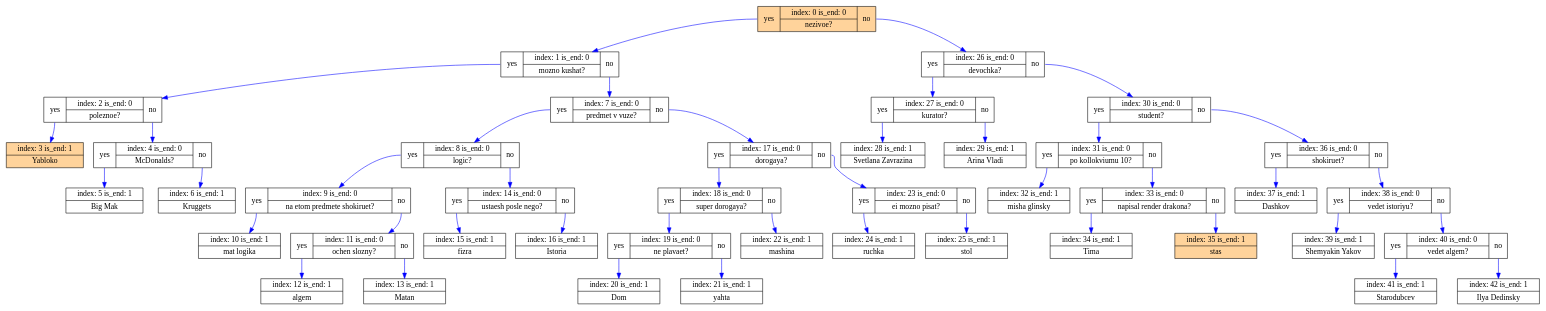
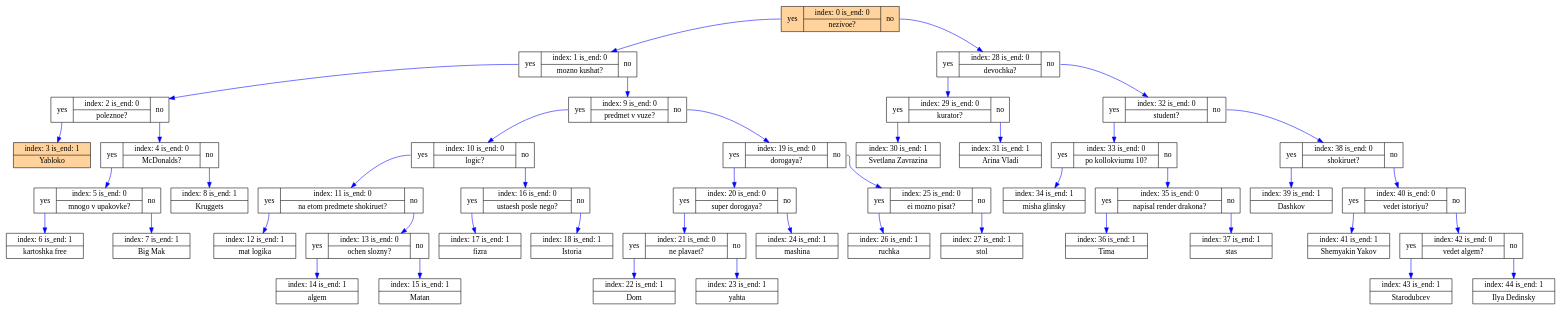
The diagram in .visual/dump_file.dot (Mchl-krpch/akinator), drawn with Graphviz before and after one commit. The commit also changed 9 other files, not shown here.

```diff
--- a/.visual/dump_file.dot
+++ b/.visual/dump_file.dot
@@ -1,87 +1,91 @@
 digraph G {
 	L0[shape="record",style="filled",fillcolor="burlywood1", label=" <lp1> yes | { index: 0 is_end: 0 | nezivoe?} | <lp2> no"];
-	L26[shape="record", label=" <lp27> yes | { index: 26 is_end: 0 | devochka?} | <lp28> no"];
-	L30[shape="record", label=" <lp31> yes | { index: 30 is_end: 0 | student?} | <lp32> no"];
-	L36[shape="record", label=" <lp37> yes | { index: 36 is_end: 0 | shokiruet?} | <lp38> no"];
-	L38[shape="record", label=" <lp39> yes | { index: 38 is_end: 0 | vedet istoriyu?} | <lp40> no"];
-	L40[shape="record", label=" <lp41> yes | { index: 40 is_end: 0 | vedet algem?} | <lp42> no"];
-	L42[shape="record", label=" { index: 42 is_end: 1 | Ilya Dedinsky}"];
-	L41[shape="record", label=" { index: 41 is_end: 1 | Starodubcev}"];
-	L39[shape="record", label=" { index: 39 is_end: 1 | Shemyakin Yakov}"];
-	L37[shape="record", label=" { index: 37 is_end: 1 | Dashkov}"];
-	L31[shape="record", label=" <lp32> yes | { index: 31 is_end: 0 | po kollokviumu 10?} | <lp33> no"];
-	L33[shape="record", label=" <lp34> yes | { index: 33 is_end: 0 | napisal render drakona?} | <lp35> no"];
-	L35[shape="record",style="filled",fillcolor="burlywood1", label=" { index: 35 is_end: 1 | stas}"];
-	L34[shape="record", label=" { index: 34 is_end: 1 | Tima}"];
-	L32[shape="record", label=" { index: 32 is_end: 1 | misha glinsky}"];
-	L27[shape="record", label=" <lp28> yes | { index: 27 is_end: 0 | kurator?} | <lp29> no"];
-	L29[shape="record", label=" { index: 29 is_end: 1 | Arina Vladi}"];
-	L28[shape="record", label=" { index: 28 is_end: 1 | Svetlana Zavrazina}"];
+	L28[shape="record", label=" <lp29> yes | { index: 28 is_end: 0 | devochka?} | <lp30> no"];
+	L32[shape="record", label=" <lp33> yes | { index: 32 is_end: 0 | student?} | <lp34> no"];
+	L38[shape="record", label=" <lp39> yes | { index: 38 is_end: 0 | shokiruet?} | <lp40> no"];
+	L40[shape="record", label=" <lp41> yes | { index: 40 is_end: 0 | vedet istoriyu?} | <lp42> no"];
+	L42[shape="record", label=" <lp43> yes | { index: 42 is_end: 0 | vedet algem?} | <lp44> no"];
+	L44[shape="record", label=" { index: 44 is_end: 1 | Ilya Dedinsky}"];
+	L43[shape="record", label=" { index: 43 is_end: 1 | Starodubcev}"];
+	L41[shape="record", label=" { index: 41 is_end: 1 | Shemyakin Yakov}"];
+	L39[shape="record", label=" { index: 39 is_end: 1 | Dashkov}"];
+	L33[shape="record", label=" <lp34> yes | { index: 33 is_end: 0 | po kollokviumu 10?} | <lp35> no"];
+	L35[shape="record", label=" <lp36> yes | { index: 35 is_end: 0 | napisal render drakona?} | <lp37> no"];
+	L37[shape="record", label=" { index: 37 is_end: 1 | stas}"];
+	L36[shape="record", label=" { index: 36 is_end: 1 | Tima}"];
+	L34[shape="record", label=" { index: 34 is_end: 1 | misha glinsky}"];
+	L29[shape="record", label=" <lp30> yes | { index: 29 is_end: 0 | kurator?} | <lp31> no"];
+	L31[shape="record", label=" { index: 31 is_end: 1 | Arina Vladi}"];
+	L30[shape="record", label=" { index: 30 is_end: 1 | Svetlana Zavrazina}"];
 	L1[shape="record", label=" <lp2> yes | { index: 1 is_end: 0 | mozno kushat?} | <lp3> no"];
-	L7[shape="record", label=" <lp8> yes | { index: 7 is_end: 0 | predmet v vuze?} | <lp9> no"];
-	L17[shape="record", label=" <lp18> yes | { index: 17 is_end: 0 | dorogaya?} | <lp19> no"];
-	L23[shape="record", label=" <lp24> yes | { index: 23 is_end: 0 | ei mozno pisat?} | <lp25> no"];
-	L25[shape="record", label=" { index: 25 is_end: 1 | stol}"];
-	L24[shape="record", label=" { index: 24 is_end: 1 | ruchka}"];
-	L18[shape="record", label=" <lp19> yes | { index: 18 is_end: 0 | super dorogaya?} | <lp20> no"];
-	L22[shape="record", label=" { index: 22 is_end: 1 | mashina}"];
-	L19[shape="record", label=" <lp20> yes | { index: 19 is_end: 0 | ne plavaet?} | <lp21> no"];
-	L21[shape="record", label=" { index: 21 is_end: 1 | yahta}"];
-	L20[shape="record", label=" { index: 20 is_end: 1 | Dom}"];
-	L8[shape="record", label=" <lp9> yes | { index: 8 is_end: 0 | logic?} | <lp10> no"];
-	L14[shape="record", label=" <lp15> yes | { index: 14 is_end: 0 | ustaesh posle nego?} | <lp16> no"];
-	L16[shape="record", label=" { index: 16 is_end: 1 | Istoria}"];
-	L15[shape="record", label=" { index: 15 is_end: 1 | fizra}"];
-	L9[shape="record", label=" <lp10> yes | { index: 9 is_end: 0 | na etom predmete shokiruet?} | <lp11> no"];
-	L11[shape="record", label=" <lp12> yes | { index: 11 is_end: 0 | ochen slozny?} | <lp13> no"];
-	L13[shape="record", label=" { index: 13 is_end: 1 | Matan}"];
-	L12[shape="record", label=" { index: 12 is_end: 1 | algem}"];
-	L10[shape="record", label=" { index: 10 is_end: 1 | mat logika}"];
+	L9[shape="record", label=" <lp10> yes | { index: 9 is_end: 0 | predmet v vuze?} | <lp11> no"];
+	L19[shape="record", label=" <lp20> yes | { index: 19 is_end: 0 | dorogaya?} | <lp21> no"];
+	L25[shape="record", label=" <lp26> yes | { index: 25 is_end: 0 | ei mozno pisat?} | <lp27> no"];
+	L27[shape="record", label=" { index: 27 is_end: 1 | stol}"];
+	L26[shape="record", label=" { index: 26 is_end: 1 | ruchka}"];
+	L20[shape="record", label=" <lp21> yes | { index: 20 is_end: 0 | super dorogaya?} | <lp22> no"];
+	L24[shape="record", label=" { index: 24 is_end: 1 | mashina}"];
+	L21[shape="record", label=" <lp22> yes | { index: 21 is_end: 0 | ne plavaet?} | <lp23> no"];
+	L23[shape="record", label=" { index: 23 is_end: 1 | yahta}"];
+	L22[shape="record", label=" { index: 22 is_end: 1 | Dom}"];
+	L10[shape="record", label=" <lp11> yes | { index: 10 is_end: 0 | logic?} | <lp12> no"];
+	L16[shape="record", label=" <lp17> yes | { index: 16 is_end: 0 | ustaesh posle nego?} | <lp18> no"];
+	L18[shape="record", label=" { index: 18 is_end: 1 | Istoria}"];
+	L17[shape="record", label=" { index: 17 is_end: 1 | fizra}"];
+	L11[shape="record", label=" <lp12> yes | { index: 11 is_end: 0 | na etom predmete shokiruet?} | <lp13> no"];
+	L13[shape="record", label=" <lp14> yes | { index: 13 is_end: 0 | ochen slozny?} | <lp15> no"];
+	L15[shape="record", label=" { index: 15 is_end: 1 | Matan}"];
+	L14[shape="record", label=" { index: 14 is_end: 1 | algem}"];
+	L12[shape="record", label=" { index: 12 is_end: 1 | mat logika}"];
 	L2[shape="record", label=" <lp3> yes | { index: 2 is_end: 0 | poleznoe?} | <lp4> no"];
 	L4[shape="record", label=" <lp5> yes | { index: 4 is_end: 0 | McDonalds?} | <lp6> no"];
-	L6[shape="record", label=" { index: 6 is_end: 1 | Kruggets}"];
-	L5[shape="record", label=" { index: 5 is_end: 1 | Big Mak}"];
+	L8[shape="record", label=" { index: 8 is_end: 1 | Kruggets}"];
+	L5[shape="record", label=" <lp6> yes | { index: 5 is_end: 0 | mnogo v upakovke?} | <lp7> no"];
+	L7[shape="record", label=" { index: 7 is_end: 1 | Big Mak}"];
+	L6[shape="record", label=" { index: 6 is_end: 1 | kartoshka free}"];
 	L3[shape="record",style="filled",fillcolor="burlywood1", label=" { index: 3 is_end: 1 | Yabloko}"];
 	L0:<lp1> -> L1[color="blue"];
 	L1:<lp2> -> L2[color="blue"];
 	L2:<lp3> -> L3[color="blue"];
 	L2:<lp4> -> L4[color="blue"];
 	L4:<lp5> -> L5[color="blue"];
-	L4:<lp6> -> L6[color="blue"];
-	L1:<lp3> -> L7[color="blue"];
-	L7:<lp8> -> L8[color="blue"];
-	L8:<lp9> -> L9[color="blue"];
+	L5:<lp6> -> L6[color="blue"];
+	L5:<lp7> -> L7[color="blue"];
+	L4:<lp6> -> L8[color="blue"];
+	L1:<lp3> -> L9[color="blue"];
 	L9:<lp10> -> L10[color="blue"];
-	L9:<lp11> -> L11[color="blue"];
+	L10:<lp11> -> L11[color="blue"];
 	L11:<lp12> -> L12[color="blue"];
 	L11:<lp13> -> L13[color="blue"];
-	L8:<lp10> -> L14[color="blue"];
-	L14:<lp15> -> L15[color="blue"];
-	L14:<lp16> -> L16[color="blue"];
-	L7:<lp9> -> L17[color="blue"];
-	L17:<lp18> -> L18[color="blue"];
-	L18:<lp19> -> L19[color="blue"];
+	L13:<lp14> -> L14[color="blue"];
+	L13:<lp15> -> L15[color="blue"];
+	L10:<lp12> -> L16[color="blue"];
+	L16:<lp17> -> L17[color="blue"];
+	L16:<lp18> -> L18[color="blue"];
+	L9:<lp11> -> L19[color="blue"];
 	L19:<lp20> -> L20[color="blue"];
-	L19:<lp21> -> L21[color="blue"];
-	L18:<lp20> -> L22[color="blue"];
-	L17:<lp19> -> L23[color="blue"];
-	L23:<lp24> -> L24[color="blue"];
-	L23:<lp25> -> L25[color="blue"];
-	L0:<lp2> -> L26[color="blue"];
-	L26:<lp27> -> L27[color="blue"];
-	L27:<lp28> -> L28[color="blue"];
-	L27:<lp29> -> L29[color="blue"];
-	L26:<lp28> -> L30[color="blue"];
-	L30:<lp31> -> L31[color="blue"];
-	L31:<lp32> -> L32[color="blue"];
-	L31:<lp33> -> L33[color="blue"];
+	L20:<lp21> -> L21[color="blue"];
+	L21:<lp22> -> L22[color="blue"];
+	L21:<lp23> -> L23[color="blue"];
+	L20:<lp22> -> L24[color="blue"];
+	L19:<lp21> -> L25[color="blue"];
+	L25:<lp26> -> L26[color="blue"];
+	L25:<lp27> -> L27[color="blue"];
+	L0:<lp2> -> L28[color="blue"];
+	L28:<lp29> -> L29[color="blue"];
+	L29:<lp30> -> L30[color="blue"];
+	L29:<lp31> -> L31[color="blue"];
+	L28:<lp30> -> L32[color="blue"];
+	L32:<lp33> -> L33[color="blue"];
 	L33:<lp34> -> L34[color="blue"];
 	L33:<lp35> -> L35[color="blue"];
-	L30:<lp32> -> L36[color="blue"];
-	L36:<lp37> -> L37[color="blue"];
-	L36:<lp38> -> L38[color="blue"];
+	L35:<lp36> -> L36[color="blue"];
+	L35:<lp37> -> L37[color="blue"];
+	L32:<lp34> -> L38[color="blue"];
 	L38:<lp39> -> L39[color="blue"];
 	L38:<lp40> -> L40[color="blue"];
 	L40:<lp41> -> L41[color="blue"];
 	L40:<lp42> -> L42[color="blue"];
+	L42:<lp43> -> L43[color="blue"];
+	L42:<lp44> -> L44[color="blue"];
 }
```
